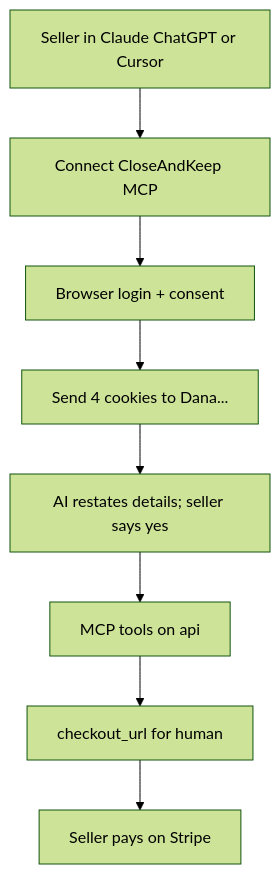
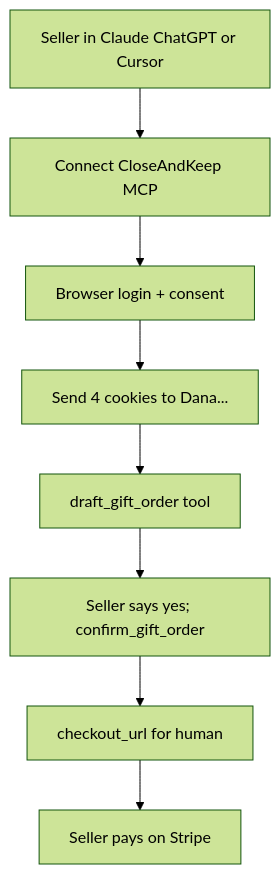
Before and after one commit to CloseAndKeep/CloseAndKeep: the diagram in docs/mcp-orders.md, drawn with Mermaid (forest theme). The commit also changed other lines of this file, not shown here.

First line of the commit message:
Fix MCP plan review findings (auth, confirm, eligibility)

````diff
--- a/docs/mcp-orders.md
+++ b/docs/mcp-orders.md
@@ -23,13 +23,13 @@
 ```mermaid
 flowchart TD
   seller[Seller in Claude ChatGPT or Cursor]
   connect[Connect CloseAndKeep MCP]
   oauth[Browser login + consent]
   chat[Send 4 cookies to Dana...]
-  confirm[AI restates details; seller says yes]
-  tools[MCP tools on api]
+  draft[draft_gift_order tool]
+  confirm[Seller says yes; confirm_gift_order]
   stripe[checkout_url for human]
   pay[Seller pays on Stripe]
 
-  seller --> connect --> oauth --> chat --> confirm --> tools --> stripe --> pay
+  seller --> connect --> oauth --> chat --> draft --> confirm --> stripe --> pay
 ```
````
